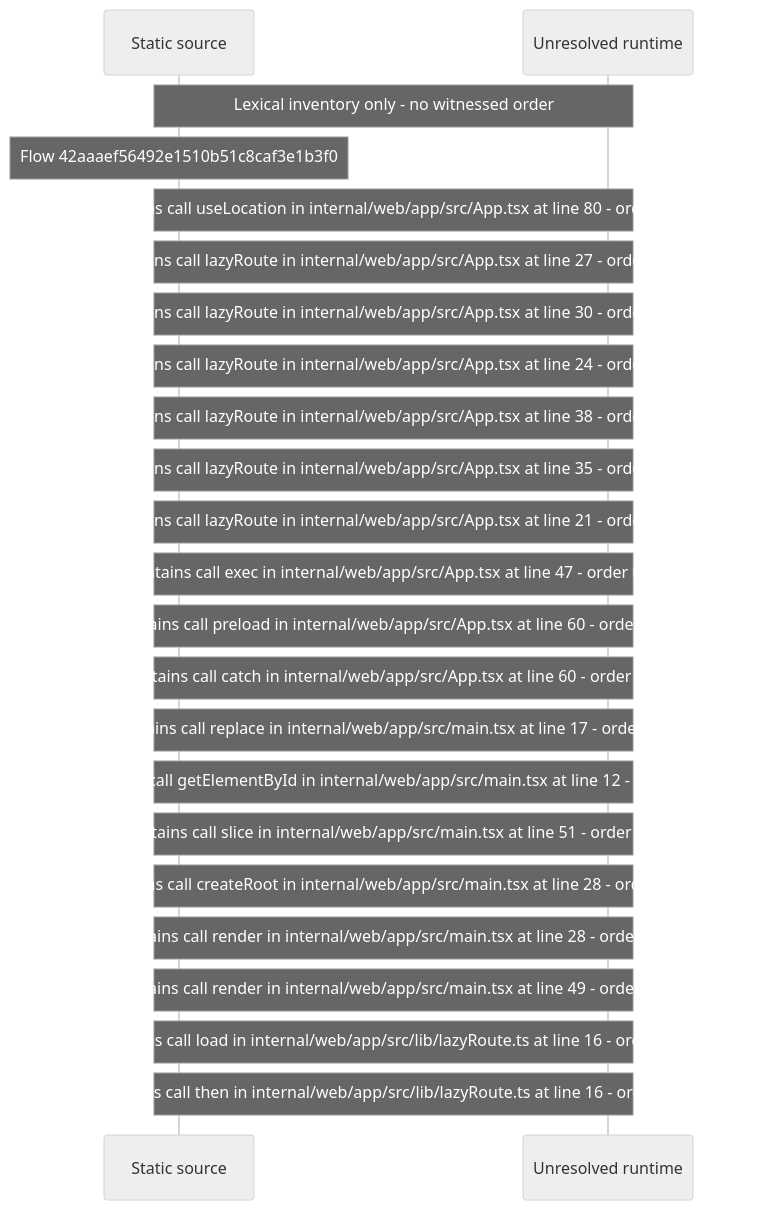
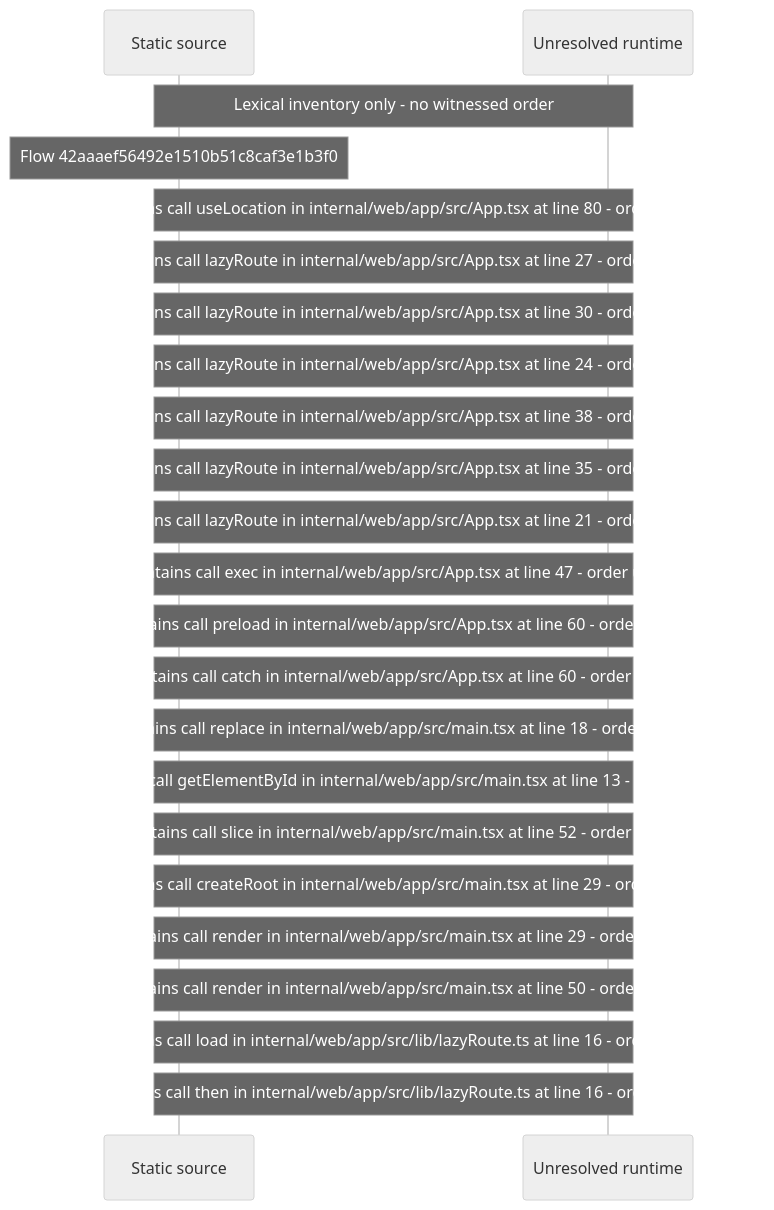
The diagram in docs/web/flows/generated/42aaaef56492e1510b51c8caf3e1b3f0/flow-diagram.md (beamfall/core), drawn with Mermaid (neutral theme) before and after one commit. The commit also changed other lines of this file and 715 other files, not shown here.

First line of the commit message:
Regenerate the web flow record on main after CORE-1117

````diff
--- a/docs/web/flows/generated/42aaaef56492e1510b51c8caf3e1b3f0/flow-diagram.md
+++ b/docs/web/flows/generated/42aaaef56492e1510b51c8caf3e1b3f0/flow-diagram.md
@@ -10,25 +10,25 @@
 ```mermaid
 sequenceDiagram
     participant S as Static source
     participant U as Unresolved runtime
     Note over S,U: Lexical inventory only - no witnessed order
     Note over S: Flow 42aaaef56492e1510b51c8caf3e1b3f0
     Note over S,U: Source contains call useLocation in internal/web/app/src/App.tsx at line 80 - order unresolved
     Note over S,U: Source contains call lazyRoute in internal/web/app/src/App.tsx at line 27 - order unresolved
     Note over S,U: Source contains call lazyRoute in internal/web/app/src/App.tsx at line 30 - order unresolved
     Note over S,U: Source contains call lazyRoute in internal/web/app/src/App.tsx at line 24 - order unresolved
     Note over S,U: Source contains call lazyRoute in internal/web/app/src/App.tsx at line 38 - order unresolved
     Note over S,U: Source contains call lazyRoute in internal/web/app/src/App.tsx at line 35 - order unresolved
     Note over S,U: Source contains call lazyRoute in internal/web/app/src/App.tsx at line 21 - order unresolved
     Note over S,U: Source contains call exec in internal/web/app/src/App.tsx at line 47 - order unresolved
     Note over S,U: Source contains call preload in internal/web/app/src/App.tsx at line 60 - order unresolved
     Note over S,U: Source contains call catch in internal/web/app/src/App.tsx at line 60 - order unresolved
-    Note over S,U: Source contains call replace in internal/web/app/src/main.tsx at line 17 - order unresolved
-    Note over S,U: Source contains call getElementById in internal/web/app/src/main.tsx at line 12 - order unresolved
-    Note over S,U: Source contains call slice in internal/web/app/src/main.tsx at line 51 - order unresolved
-    Note over S,U: Source contains call createRoot in internal/web/app/src/main.tsx at line 28 - order unresolved
-    Note over S,U: Source contains call render in internal/web/app/src/main.tsx at line 28 - order unresolved
-    Note over S,U: Source contains call render in internal/web/app/src/main.tsx at line 49 - order unresolved
+    Note over S,U: Source contains call replace in internal/web/app/src/main.tsx at line 18 - order unresolved
+    Note over S,U: Source contains call getElementById in internal/web/app/src/main.tsx at line 13 - order unresolved
+    Note over S,U: Source contains call slice in internal/web/app/src/main.tsx at line 52 - order unresolved
+    Note over S,U: Source contains call createRoot in internal/web/app/src/main.tsx at line 29 - order unresolved
+    Note over S,U: Source contains call render in internal/web/app/src/main.tsx at line 29 - order unresolved
+    Note over S,U: Source contains call render in internal/web/app/src/main.tsx at line 50 - order unresolved
     Note over S,U: Source contains call load in internal/web/app/src/lib/lazyRoute.ts at line 16 - order unresolved
     Note over S,U: Source contains call then in internal/web/app/src/lib/lazyRoute.ts at line 16 - order unresolved
 ```
````
